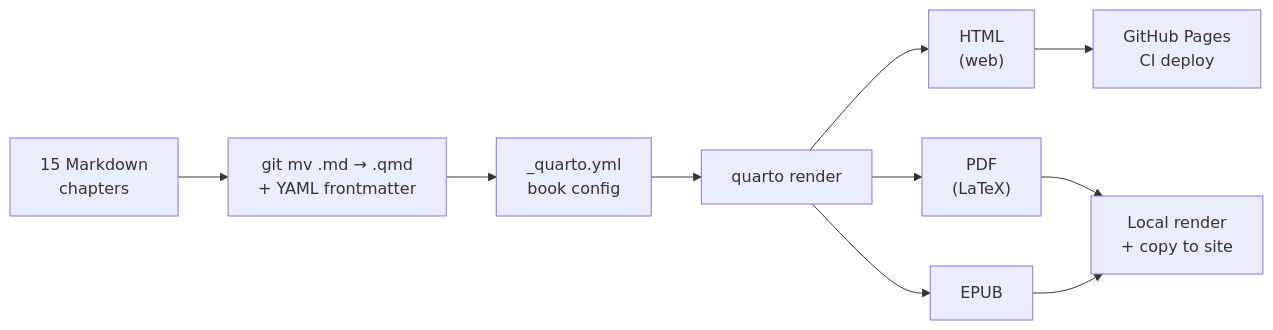
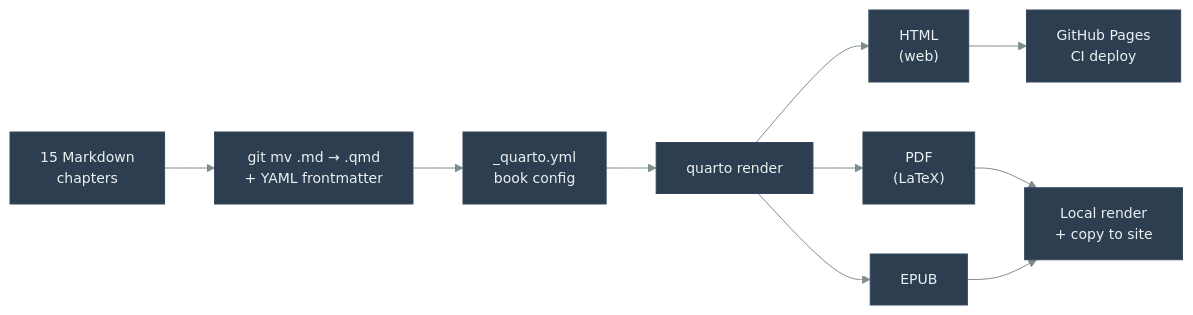
Before and after one commit to danielmeppiel/agentic-sdlc-handbook: the first of 3 diagrams in case-study-publishing-pipeline.qmd, drawn with Mermaid. The commit also changed other lines of this file and 20 other files, not shown here.

First line of the commit message:
feat: add accessibility metadata and consistent theme to all 35 diagrams

````diff
--- a/case-study-publishing-pipeline.qmd
+++ b/case-study-publishing-pipeline.qmd
@@ -45,13 +45,17 @@
 ```{mermaid}
 %%| fig-width: 4.5
+%%| fig-cap: "Publishing conversion pipeline: Markdown to HTML, PDF, and EPUB"
+%%| fig-alt: "Flowchart showing the publishing conversion pipeline from left to right. 15 Markdown chapters are converted via git mv from .md to .qmd with YAML frontmatter added. This feeds into the _quarto.yml book config, which feeds into quarto render. Quarto render produces three outputs: HTML for web, PDF via LaTeX, and EPUB. The HTML output goes to GitHub Pages CI deploy. The PDF and EPUB outputs both go to local render plus copy to site."
+%%| label: fig-cs-conversion-wave
+%%{init: {'theme': 'base', 'themeVariables': {'primaryColor': '#2c3e50', 'primaryTextColor': '#ecf0f1', 'primaryBorderColor': '#34495e', 'lineColor': '#7f8c8d', 'secondaryColor': '#3498db', 'tertiaryColor': '#ecf0f1', 'fontSize': '14px'}}}%%
 flowchart LR
     A["15 Markdown<br/>chapters"] --> B["git mv .md → .qmd<br/>+ YAML frontmatter"]
     B --> C["_quarto.yml<br/>book config"]
     C --> D["quarto render"]
     D --> E["HTML<br/>(web)"]
     D --> F["PDF<br/>(LaTeX)"]
     D --> G["EPUB"]
     E --> H["GitHub Pages<br/>CI deploy"]
     F --> I["Local render<br/>+ copy to site"]
     G --> I
 ```
````
